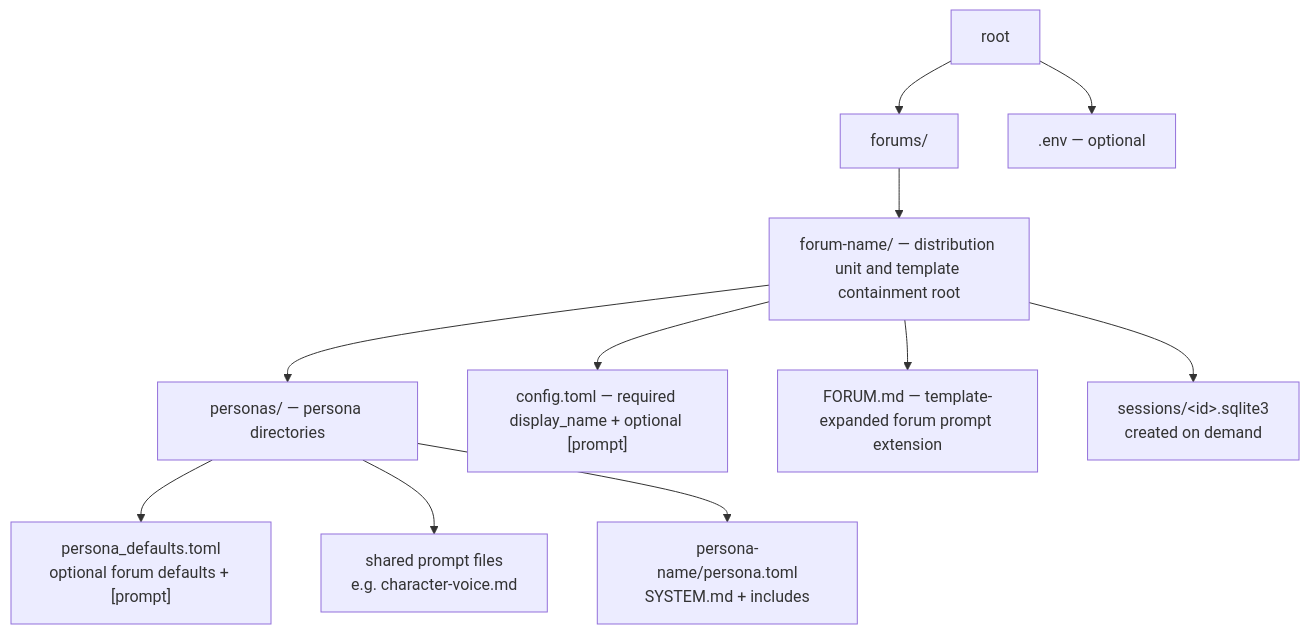
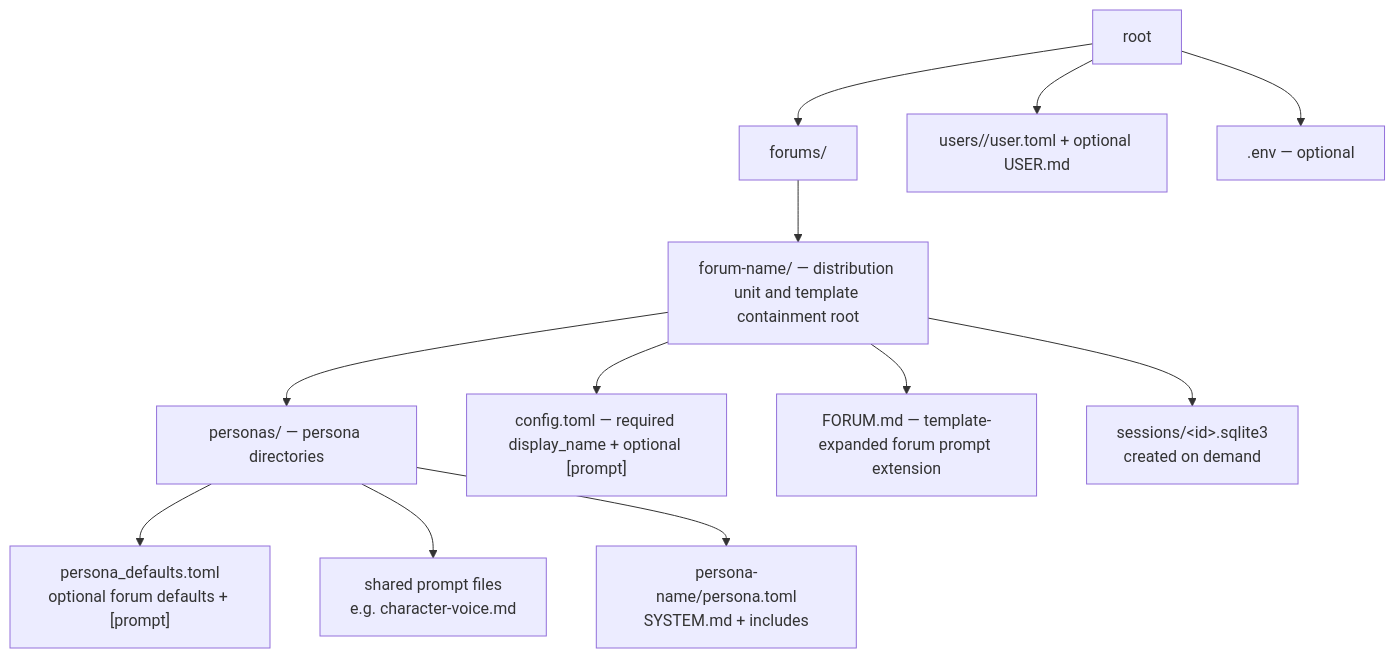
One commit to michaelpopov/cha changed the first of 4 diagrams in src/session/README.md. Above: the diagram before and after it, drawn with Mermaid. The commit also changed other lines of this file and 10 other files, not shown here.

First line of the commit message:
Block 2: user, UserRoster, and load_users()

````diff
--- a/src/session/README.md
+++ b/src/session/README.md
@@ -23,13 +23,14 @@
 ```mermaid
 flowchart TD
     root --> forums["forums/"]
+    root --> users["users/<id>/user.toml + optional USER.md"]
     root --> env[".env — optional"]
     personas --> base["persona_defaults.toml<br/>optional forum defaults + [prompt]"]
     personas --> shared["shared prompt files<br/>e.g. character-voice.md"]
     forums --> forum["forum-name/ — distribution unit and template containment root"]
     forum --> config["config.toml — required display_name + optional [prompt]"]
     forum --> personas["personas/ — persona directories"]
     personas --> persona["persona-name/persona.toml<br/>SYSTEM.md + includes"]
     forum --> forum_prompt["FORUM.md — template-expanded forum prompt extension"]
     forum --> sessions["sessions/&lt;id&gt;.sqlite3<br/>created on demand"]
 ```
````
